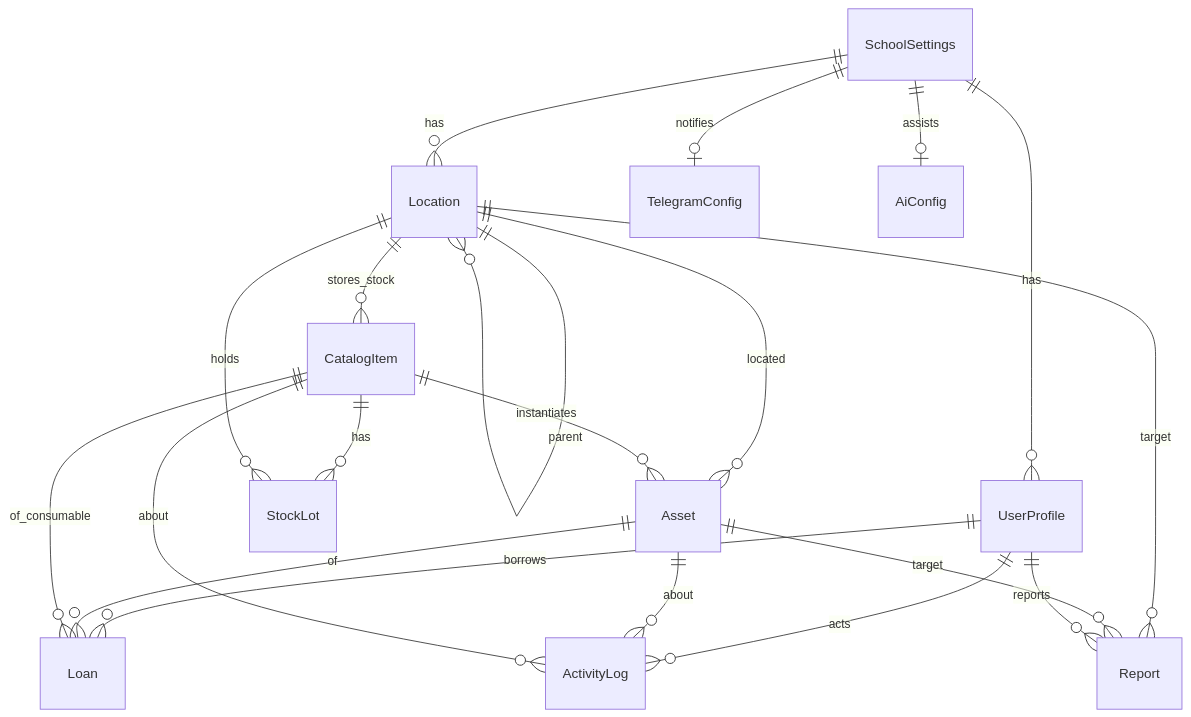
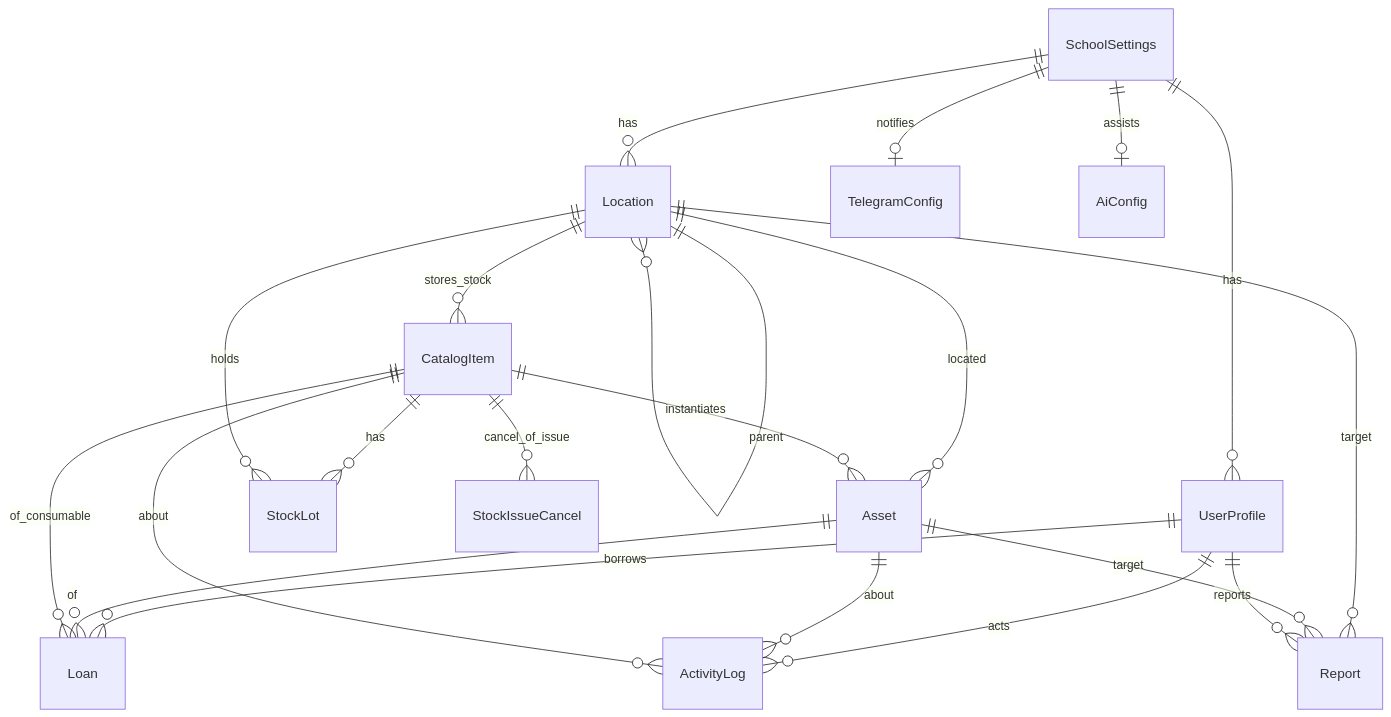
Before and after one commit to progh2/inni: the diagram in docs/ERD.md, drawn with Mermaid. The commit also changed other lines of this file and 14 other files, not shown here.

First line of the commit message:
Add item edit, restock, and stock-out cancel with history.

````diff
--- a/docs/ERD.md
+++ b/docs/ERD.md
@@ -7,22 +7,23 @@
 ```mermaid
 erDiagram
   SchoolSettings ||--o{ UserProfile : has
   SchoolSettings ||--o{ Location : has
   Location ||--o{ Location : parent
   Location ||--o{ CatalogItem : stores_stock
   Location ||--o{ Asset : located
   CatalogItem ||--o{ Asset : instantiates
   CatalogItem ||--o{ StockLot : has
   Location ||--o{ StockLot : holds
   UserProfile ||--o{ Loan : borrows
   Asset ||--o{ Loan : of
   CatalogItem ||--o{ Loan : of_consumable
+  CatalogItem ||--o{ StockIssueCancel : cancel_of_issue
   UserProfile ||--o{ ActivityLog : acts
   Asset ||--o{ ActivityLog : about
   CatalogItem ||--o{ ActivityLog : about
   Location ||--o{ Report : target
   Asset ||--o{ Report : target
   UserProfile ||--o{ Report : reports
   SchoolSettings ||--o| TelegramConfig : notifies
   SchoolSettings ||--o| AiConfig : assists
 ```
````
